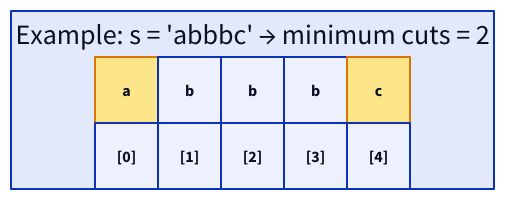
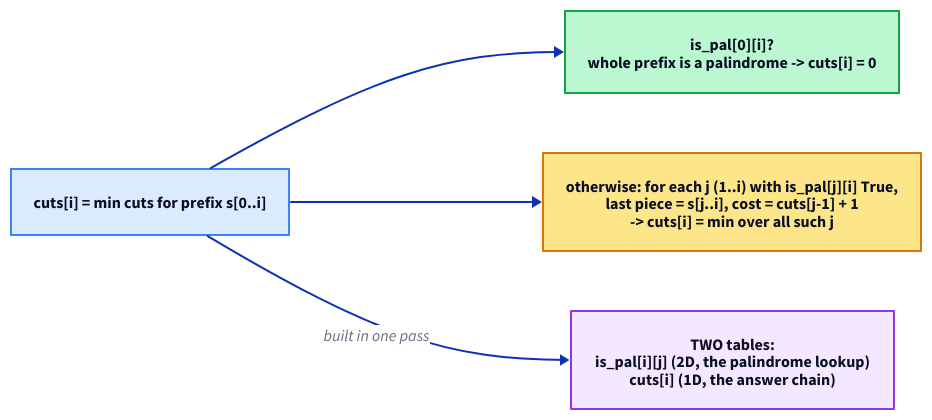
One commit to ani2fun/codefolio changed the diagram in content/cortex/data-structures-and-algorithms/05-algorithms-by-strategy/05-dynamic-programming/08-palindrome-partitioning.md. Above: the diagram before and after it, drawn with D2. The commit also changed other lines of this file and 1049 other files, not shown here.

````diff
--- a/content/cortex/data-structures-and-algorithms/05-algorithms-by-strategy/05-dynamic-programming/08-palindrome-partitioning.md
+++ b/content/cortex/data-structures-and-algorithms/05-algorithms-by-strategy/05-dynamic-programming/08-palindrome-partitioning.md
@@ -25,18 +80,10 @@
 ```d2
 direction: right
-ex: "Example: s = 'abbbc' → minimum cuts = 2" {
-  grid-rows: 2
-  grid-columns: 5
-  grid-gap: 0
-  c0: "a" {style.fill: "#fde68a"; style.stroke: "#d97706"}
-  c1: "b"
-  c2: "b"
-  c3: "b"
-  c4: "c" {style.fill: "#fde68a"; style.stroke: "#d97706"}
-  i0: "[0]"
-  i1: "[1]"
-  i2: "[2]"
-  i3: "[3]"
-  i4: "[4]"
-}
+state: "cuts[i] = min cuts for prefix s[0..i]" {style.fill: "#dbeafe"; style.stroke: "#3b82f6"}
+whole: "is_pal[0][i]?\nwhole prefix is a palindrome -> cuts[i] = 0" {style.fill: "#bbf7d0"; style.stroke: "#16a34a"}
+last: "otherwise: for each j (1..i) with is_pal[j][i] True,\nlast piece = s[j..i], cost = cuts[j-1] + 1\n-> cuts[i] = min over all such j" {style.fill: "#fde68a"; style.stroke: "#d97706"}
+tables: "TWO tables:\nis_pal[i][j]  (2D, the palindrome lookup)\ncuts[i]       (1D, the answer chain)" {style.fill: "#f3e8ff"; style.stroke: "#9333ea"}
+state -> whole
+state -> last
+state -> tables: "built in one pass"
 ```
````
